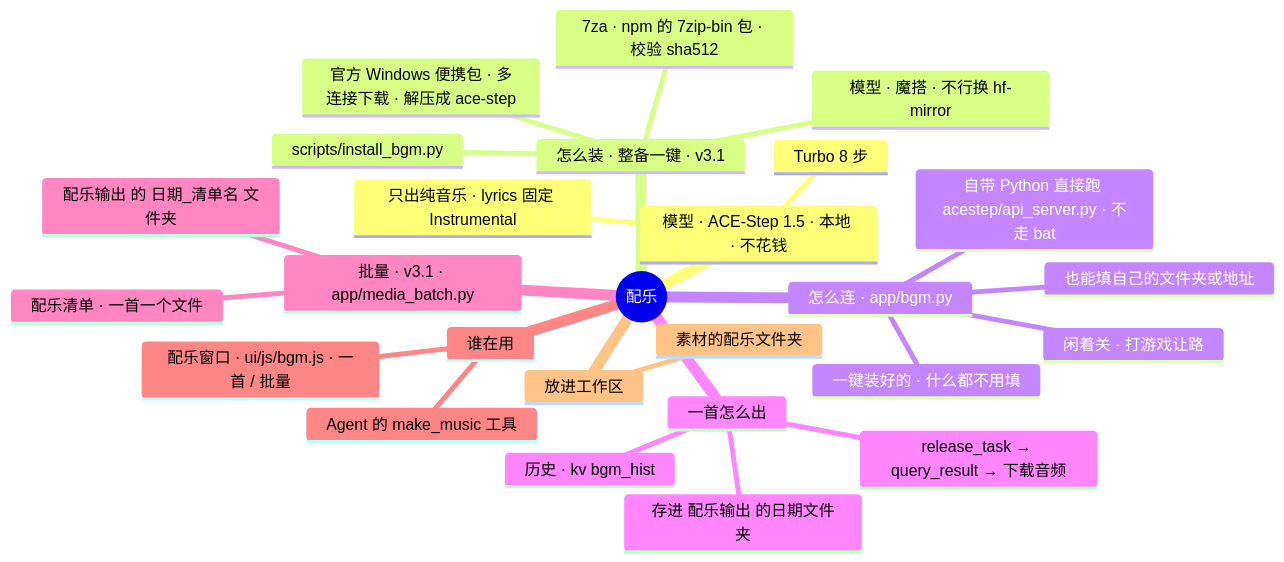
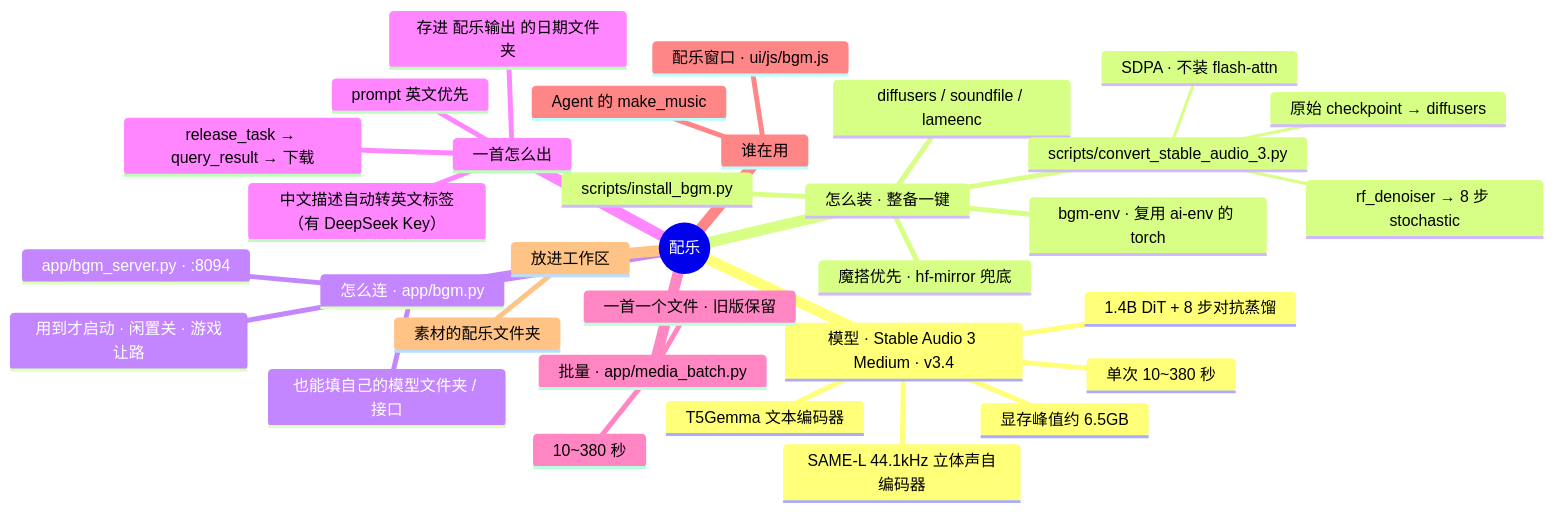
Before and after one commit to lql-076/Experiment-Agent-One: the diagram in docs/AI文档/架构/18-配乐.md, drawn with Mermaid. The commit also changed other lines of this file and 72 other files, not shown here.

Commit message:
v3.4.0：配乐换用 Stable Audio 3.0 Medium；打通 Claude Code 交互窗口与语音朗读按钮；新增 Git 安全同步与交接日志

````diff
--- a/docs/AI文档/架构/18-配乐.md
+++ b/docs/AI文档/架构/18-配乐.md
@@ -9,29 +7,36 @@
 ```mermaid
 mindmap
   root((配乐))
-    模型 · ACE-Step 1.5 · 本地 · 不花钱
-      只出纯音乐 · lyrics 固定 Instrumental
-      Turbo 8 步
-    怎么装 · 整备一键 · v3.1
+    模型 · Stable Audio 3 Medium · v3.4
+      1.4B DiT + 8 步对抗蒸馏
+      SAME-L 44.1kHz 立体声自编码器
+      T5Gemma 文本编码器
+      单次 10~380 秒
+      显存峰值约 6.5GB
+    怎么装 · 整备一键
       scripts/install_bgm.py
-      7za · npm 的 7zip-bin 包 · 校验 sha512
-      官方 Windows 便携包 · 多连接下载 · 解压成 ace-step
-      模型 · 魔搭 · 不行换 hf-mirror
+      bgm-env · 复用 ai-env 的 torch
+      diffusers / soundfile / lameenc
+      魔搭优先 · hf-mirror 兜底
+      scripts/convert_stable_audio_3.py
+        原始 checkpoint → diffusers
+        rf_denoiser → 8 步 stochastic
+        SDPA · 不装 flash-attn
     怎么连 · app/bgm.py
-      一键装好的 · 什么都不用填
-      自带 Python 直接跑 acestep/api_server.py · 不走 bat
-      闲着关 · 打游戏让路
-      也能填自己的文件夹或地址
+      app/bgm_server.py · :8094
+      用到才启动 · 闲置关 · 游戏让路
+      也能填自己的模型文件夹 / 接口
     一首怎么出
-      release_task → query_result → 下载音频
+      release_task → query_result → 下载
+      prompt 英文优先
+      中文描述自动转英文标签（有 DeepSeek Key）
       存进 配乐输出 的日期文件夹
-      历史 · kv bgm_hist
-    批量 · v3.1 · app/media_batch.py
-      配乐清单 · 一首一个文件
-      配乐输出 的 日期_清单名 文件夹
+    批量 · app/media_batch.py
+      10~380 秒
+      一首一个文件 · 旧版保留
     谁在用
-      配乐窗口 · ui/js/bgm.js · 一首 / 批量
-      Agent 的 make_music 工具
+      配乐窗口 · ui/js/bgm.js
+      Agent 的 make_music
     放进工作区
       素材的配乐文件夹
 ```
````
